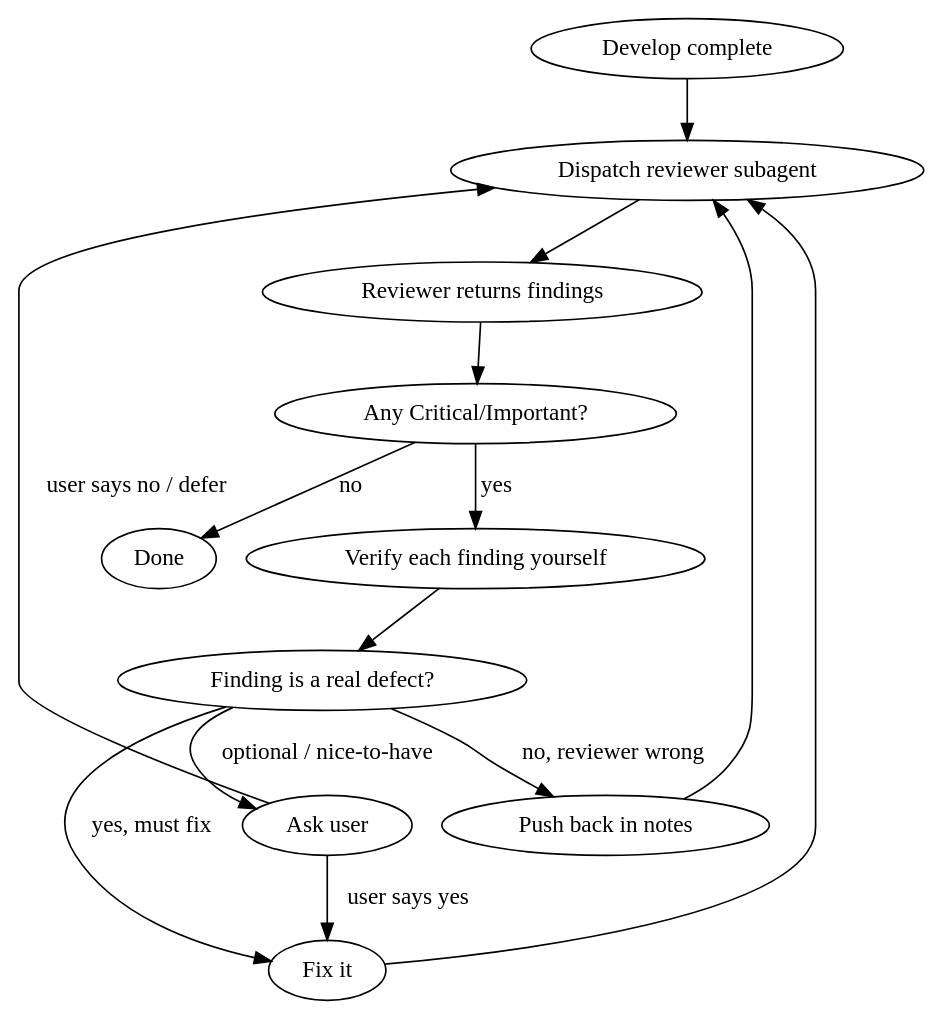
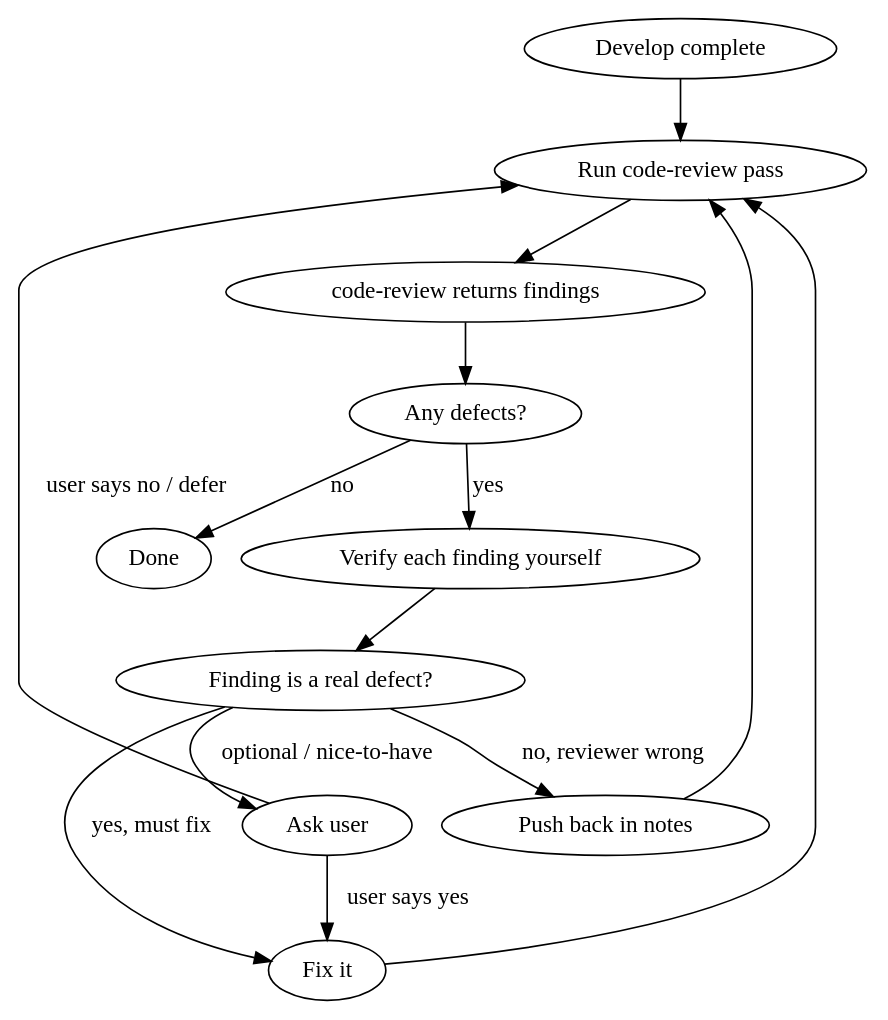
Before and after one commit to ooneko/skills: the diagram in review-until-clean/SKILL.md, drawn with Graphviz. The commit also changed other lines of this file and 1 other file, not shown here.

Commit message:
更新 review-until-clean：改用 code-review 子 skill，汉化并精简

````diff
--- a/review-until-clean/SKILL.md
+++ b/review-until-clean/SKILL.md
@@ -37,18 +38,18 @@
 ```dot
 digraph loop {
     rankdir=TB;
-    "Develop complete" -> "Dispatch reviewer subagent";
-    "Dispatch reviewer subagent" -> "Reviewer returns findings";
-    "Reviewer returns findings" -> "Any Critical/Important?" ;
-    "Any Critical/Important?" -> "Verify each finding yourself" [label="yes"];
+    "Develop complete" -> "Run code-review pass";
+    "Run code-review pass" -> "code-review returns findings";
+    "code-review returns findings" -> "Any defects?" ;
+    "Any defects?" -> "Verify each finding yourself" [label="yes"];
     "Verify each finding yourself" -> "Finding is a real defect?";
     "Finding is a real defect?" -> "Fix it" [label="yes, must fix"];
     "Finding is a real defect?" -> "Push back in notes" [label="no, reviewer wrong"];
     "Finding is a real defect?" -> "Ask user" [label="optional / nice-to-have"];
-    "Fix it" -> "Dispatch reviewer subagent";
-    "Any Critical/Important?" -> "Done" [label="no"];
-    "Push back in notes" -> "Dispatch reviewer subagent";
+    "Fix it" -> "Run code-review pass";
+    "Any defects?" -> "Done" [label="no"];
+    "Push back in notes" -> "Run code-review pass";
     "Ask user" -> "Fix it" [label="user says yes"];
-    "Ask user" -> "Dispatch reviewer subagent" [label="user says no / defer"];
+    "Ask user" -> "Run code-review pass" [label="user says no / defer"];
 }
 ```
````
